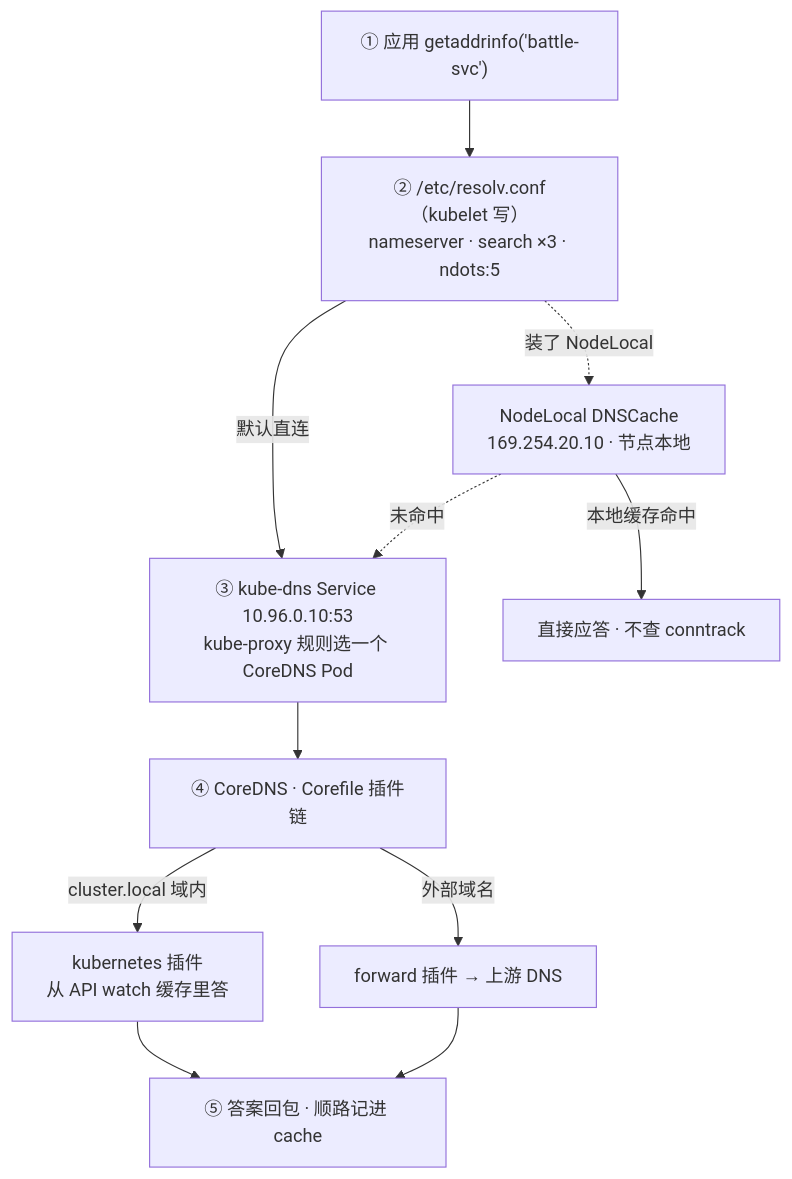
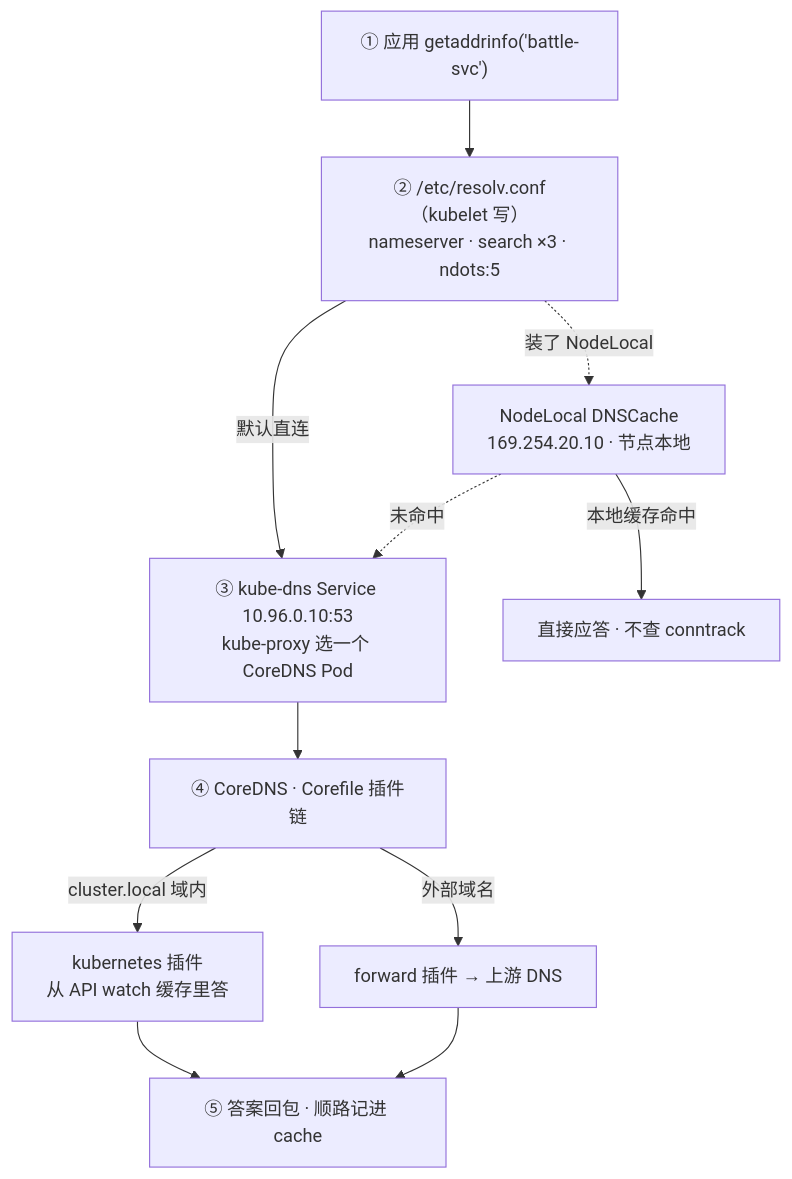
The first of 5 diagrams in 03-Kubernetes/09-CoreDNS/知识点.md (ml-cuizijun/LearnToLilith), drawn with Mermaid before and after one commit. The commit also changed other lines of this file and 178 other files, not shown here.

````diff
--- a/03-Kubernetes/09-CoreDNS/知识点.md
+++ b/03-Kubernetes/09-CoreDNS/知识点.md
@@ -19,13 +15,13 @@
 ```mermaid
 flowchart TB
     APP["① 应用 getaddrinfo('battle-svc')"] --> RC["② /etc/resolv.conf（kubelet 写）<br/>nameserver · search ×3 · ndots:5"]
-    RC -->|默认直连| VIP["③ kube-dns Service 10.96.0.10:53<br/>kube-proxy 规则选一个 CoreDNS Pod"]
+    RC -->|默认直连| VIP["③ kube-dns Service 10.96.0.10:53<br/>kube-proxy 选一个 CoreDNS Pod"]
     RC -.->|装了 NodeLocal| NL["NodeLocal DNSCache<br/>169.254.20.10 · 节点本地"]
     NL -->|本地缓存命中| ANS["直接应答 · 不查 conntrack"]
     NL -.->|未命中| VIP
     VIP --> CHAIN["④ CoreDNS · Corefile 插件链"]
     CHAIN -->|cluster.local 域内| K8S["kubernetes 插件<br/>从 API watch 缓存里答"]
     CHAIN -->|外部域名| FW["forward 插件 → 上游 DNS"]
     K8S --> OUT["⑤ 答案回包 · 顺路记进 cache"]
     FW --> OUT
 ```
````
